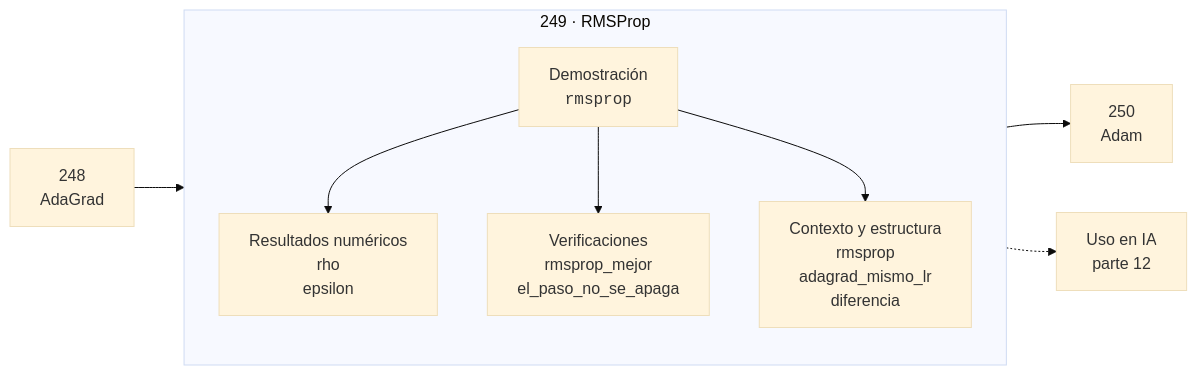
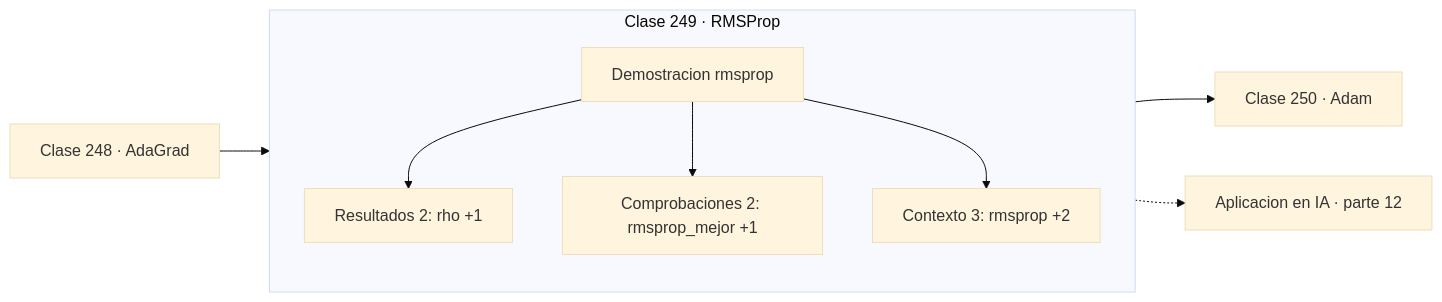
One commit to vladimiracunadev-create/computational-mathematics-program changed the diagram in classes/part-12-optimizacion-matematica-y-computacional/249-rmsprop/README.md. Above: the diagram before and after it, drawn with Mermaid (base theme). The commit also changed 389 other files, not shown here.

First line of the commit message:
fix(diagramas): elimina el HTML de las etiquetas Mermaid

````diff
--- a/classes/part-12-optimizacion-matematica-y-computacional/249-rmsprop/README.md
+++ b/classes/part-12-optimizacion-matematica-y-computacional/249-rmsprop/README.md
@@ -30,12 +30,13 @@
 ```mermaid
 flowchart LR
-    P["248<br/>AdaGrad"] --> C
-    subgraph C["249 · RMSProp"]
+    P["Clase 248 · AdaGrad"] --> D
+    subgraph CLASE["Clase 249 · RMSProp"]
         direction TB
-        D["Demostración<br/><code>rmsprop</code>"] --> R["Resultados numéricos<br/>rho<br/>epsilon"]
-        D --> V["Verificaciones<br/>rmsprop_mejor<br/>el_paso_no_se_apaga"]
-        D --> O["Contexto y estructura<br/>rmsprop<br/>adagrad_mismo_lr<br/>diferencia"]
+        D["Demostracion rmsprop"]
+        D --> R["Resultados 2: rho +1"]
+        D --> V["Comprobaciones 2: rmsprop_mejor +1"]
+        D --> O["Contexto 3: rmsprop +2"]
     end
-    C --> N["250<br/>Adam"]
-    C -.-> IA["Uso en IA<br/>parte 12"]
+    R --> N["Clase 250 · Adam"]
+    V -.-> IA["Aplicacion en IA · parte 12"]
 ```
````
